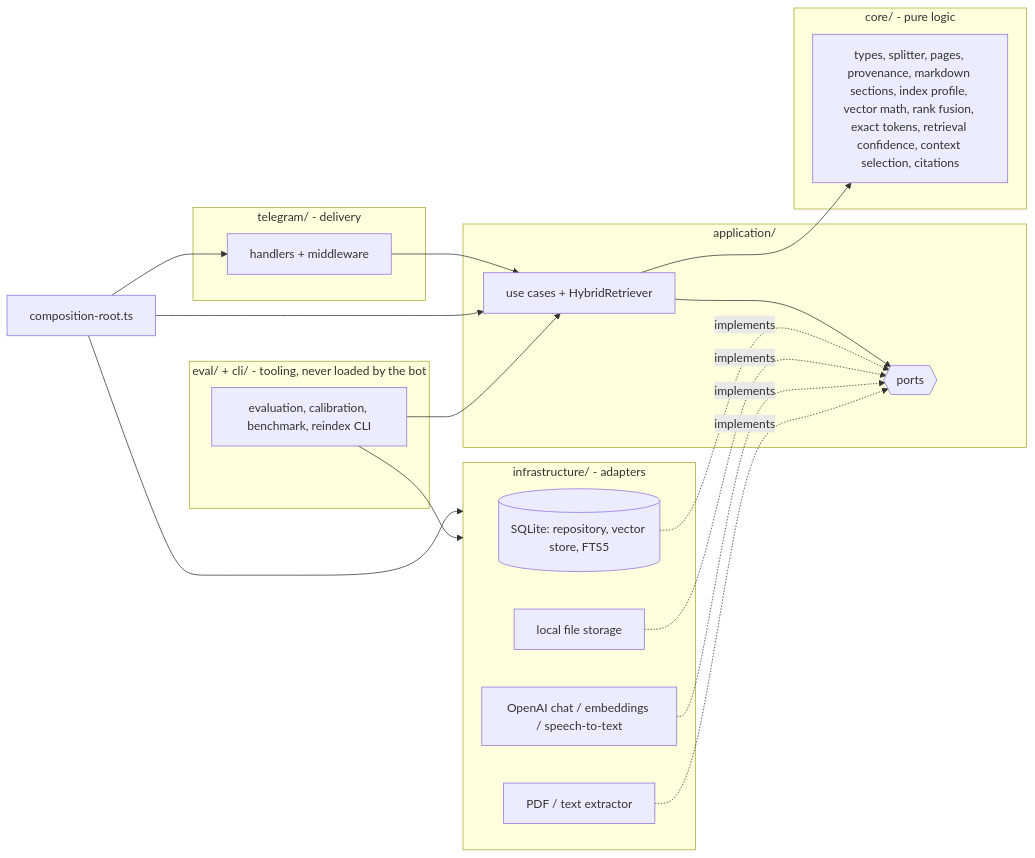
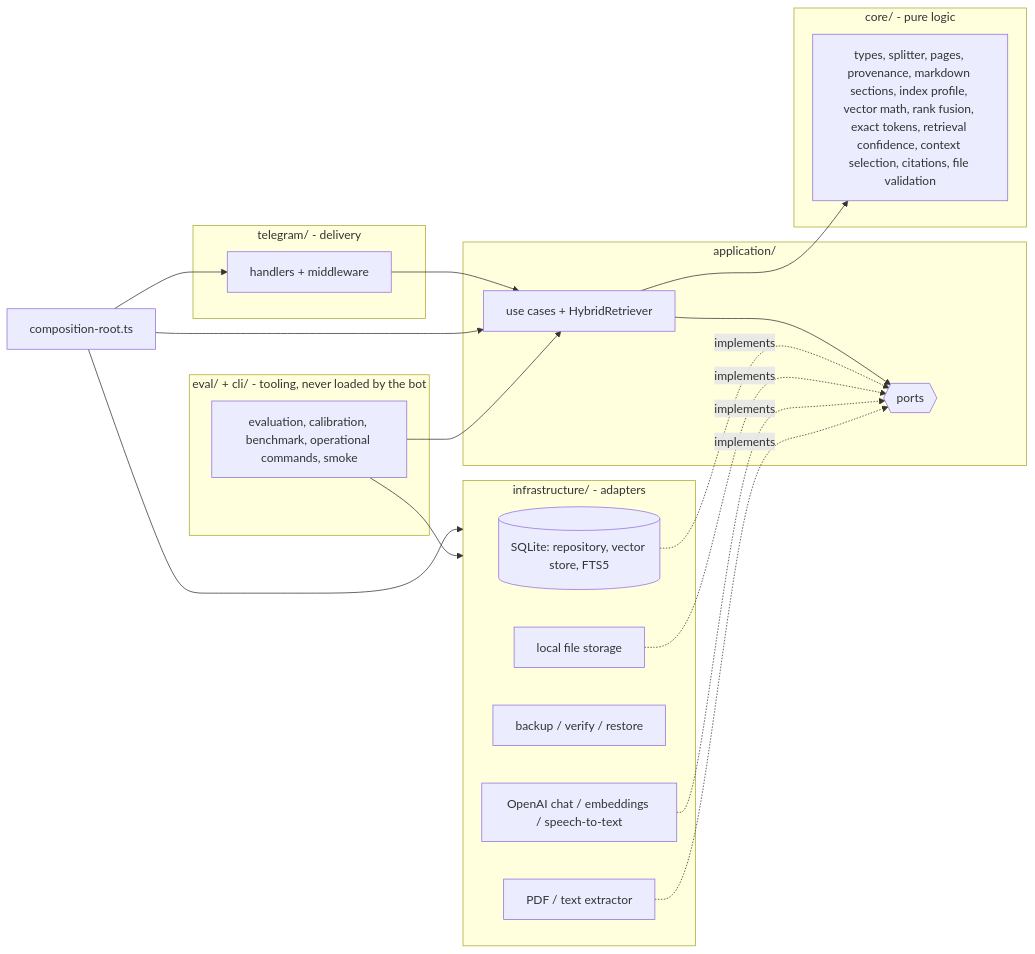
Before and after one commit to AlexTikhon/ai-assistant-tg-bot: the second of 2 diagrams in docs/architecture.md, drawn with Mermaid. The commit also changed other lines of this file and 89 other files, not shown here.

````diff
--- a/docs/architecture.md
+++ b/docs/architecture.md
@@ -5,34 +27,35 @@
 ```mermaid
 flowchart LR
   subgraph telegram [telegram/ - delivery]
     H[handlers + middleware]
   end
   subgraph application [application/]
-    UC[use cases + HybridRetriever]
+    UC2[use cases + HybridRetriever]
     P{{ports}}
   end
   subgraph core [core/ - pure logic]
-    C[types, splitter, pages, provenance, markdown sections, index profile, vector math, rank fusion, exact tokens, retrieval confidence, context selection, citations]
+    C[types, splitter, pages, provenance, markdown sections, index profile, vector math, rank fusion, exact tokens, retrieval confidence, context selection, citations, file validation]
   end
   subgraph infra [infrastructure/ - adapters]
     SQ[(SQLite: repository, vector store, FTS5)]
     FS[local file storage]
+    BK[backup / verify / restore]
     OA[OpenAI chat / embeddings / speech-to-text]
     PDF[PDF / text extractor]
   end
   subgraph tooling [eval/ + cli/ - tooling, never loaded by the bot]
-    EV[evaluation, calibration, benchmark, reindex CLI]
+    EV[evaluation, calibration, benchmark, operational commands, smoke]
   end
-  H --> UC
-  UC --> P
-  UC --> C
+  H --> UC2
+  UC2 --> P
+  UC2 --> C
   SQ -. implements .-> P
   FS -. implements .-> P
   OA -. implements .-> P
   PDF -. implements .-> P
-  CR[composition-root.ts] --> H
-  CR --> UC
-  CR --> infra
-  EV --> UC
+  CR2[composition-root.ts] --> H
+  CR2 --> UC2
+  CR2 --> infra
+  EV --> UC2
   EV --> infra
 ```
````
